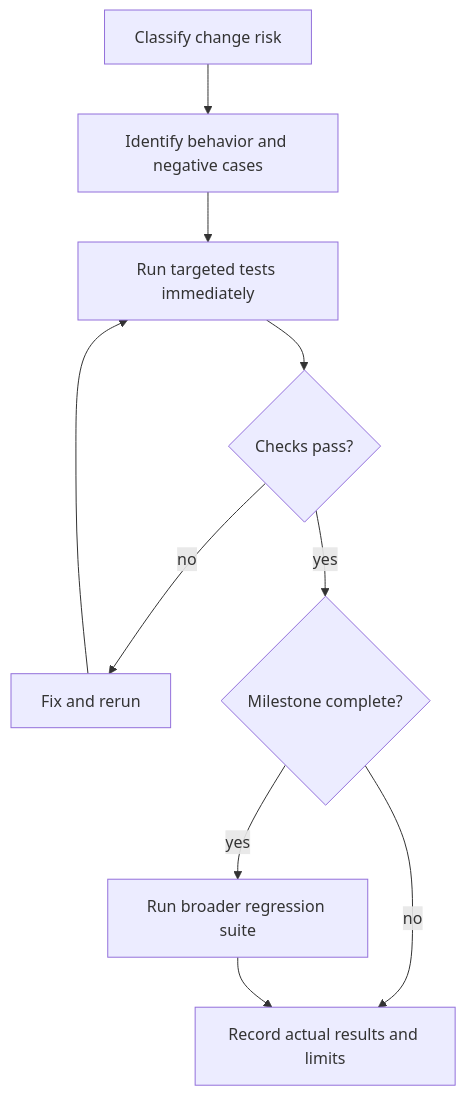
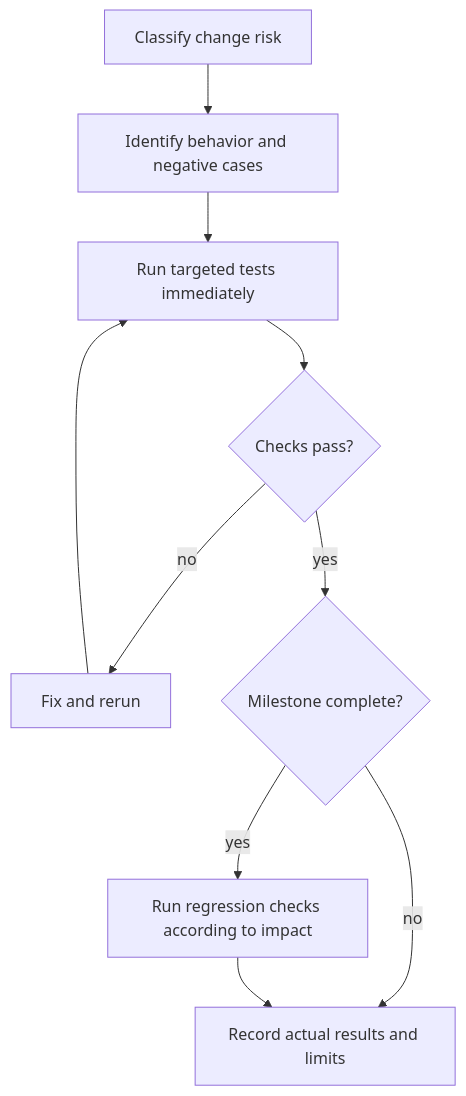
The diagram in docs/development/testing-strategy.md (alterbytedev/packetmotion-sdwan), drawn with Mermaid before and after one commit. The commit also changed other lines of this file and 129 other files, not shown here.

````diff
--- a/docs/development/testing-strategy.md
+++ b/docs/development/testing-strategy.md
@@ -13,12 +36,12 @@
 ```mermaid
 flowchart TD
   Change[Classify change risk] --> Cases[Identify behavior and negative cases]
   Cases --> Focused[Run targeted tests immediately]
   Focused --> Pass{Checks pass?}
   Pass -- no --> Fix[Fix and rerun]
   Fix --> Focused
   Pass -- yes --> Milestone{Milestone complete?}
   Milestone -- no --> Record[Record actual results and limits]
-  Milestone -- yes --> Regression[Run broader regression suite]
+  Milestone -- yes --> Regression[Run regression checks according to impact]
   Regression --> Record
 ```
````
